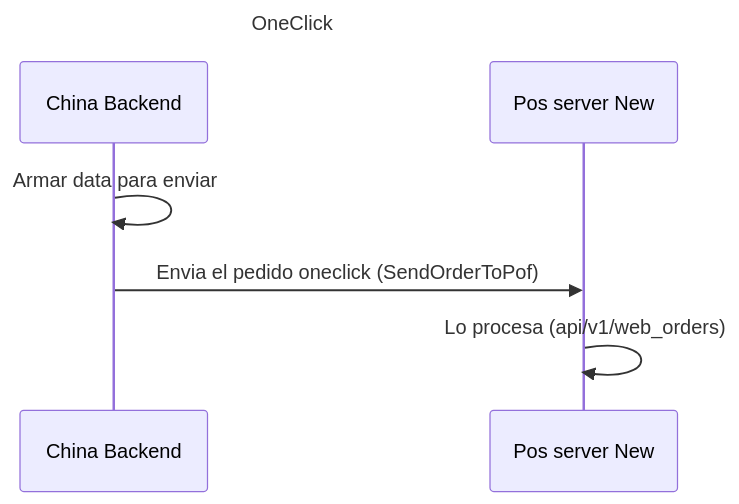
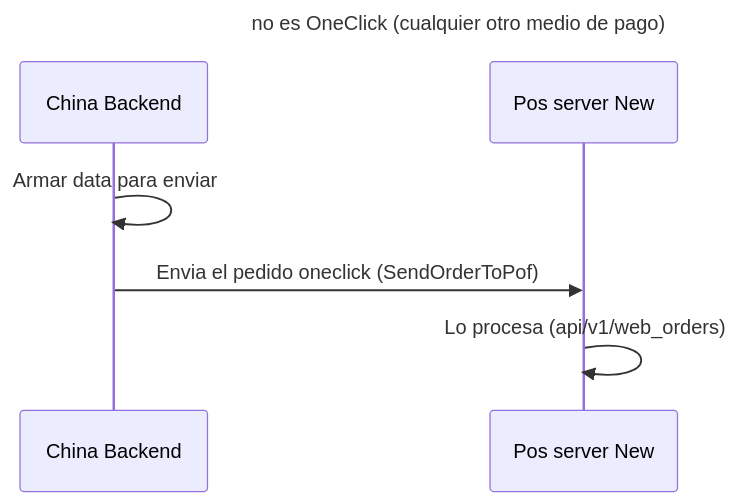
The third of 4 diagrams in 100_niufoods/03_projects/china_backend/documentation/orders/diagramns.md (javix70/personal_obsidian), drawn with Mermaid before and after one commit. The commit also changed 2 other files, not shown here.

Commit message:
vault backup: 2023-07-24 11:07:08

````diff
--- a/100_niufoods/03_projects/china_backend/documentation/orders/diagramns.md
+++ b/100_niufoods/03_projects/china_backend/documentation/orders/diagramns.md
@@ -94,13 +94,13 @@
 ```mermaid
 ---
-title: OneClick
+title: no es OneClick (cualquier otro medio de pago)
 ---
 
 sequenceDiagram
     participant CB as China Backend
     participant PN as Pos server New
 
 	CB->>CB: Armar data para enviar
 	CB->>PN: Envia el pedido oneclick (SendOrderToPof)
 	PN->>PN: Lo procesa (api/v1/web_orders)
 ```
````
